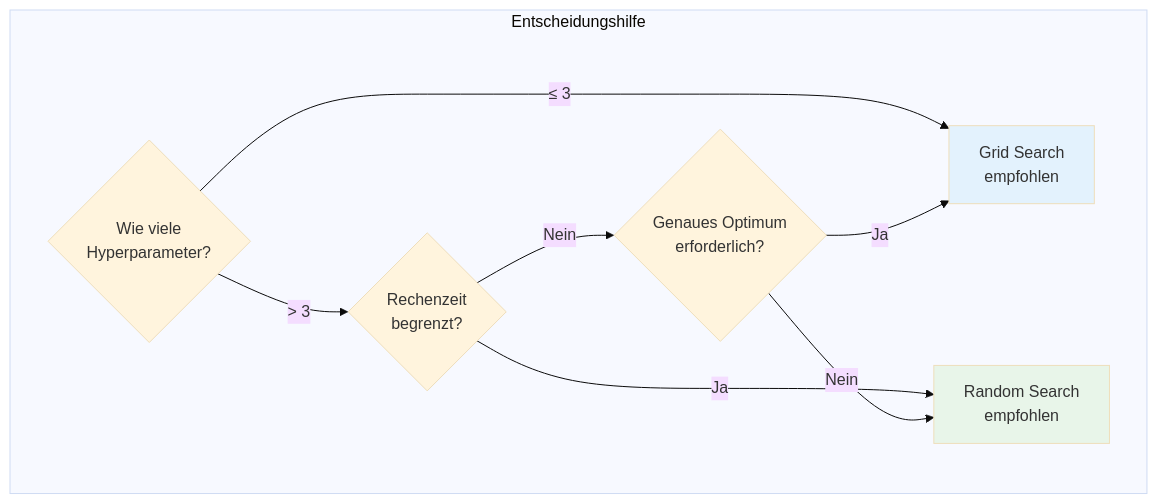
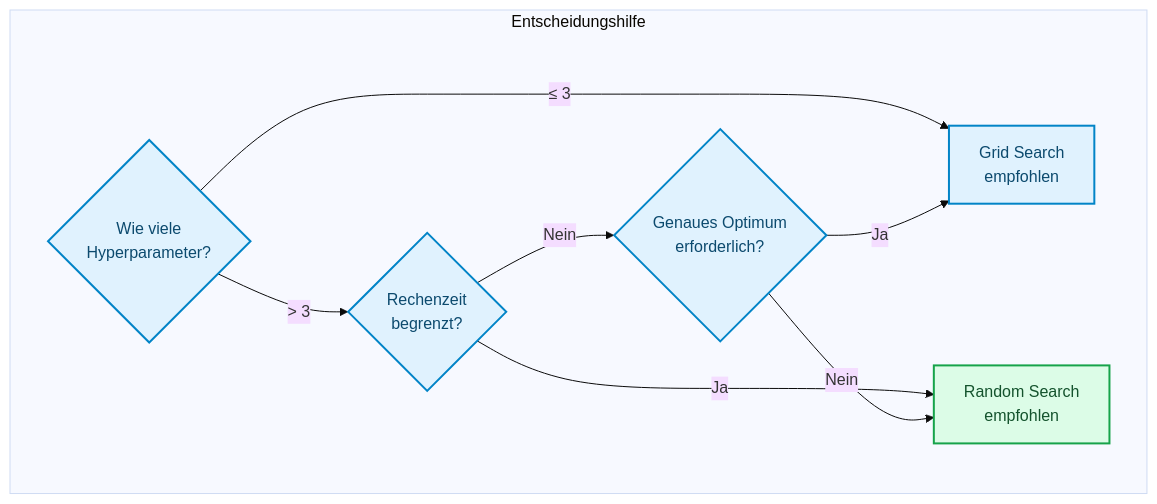
The sixth of 12 diagrams in docs/concepts/evaluate/hyperparameter_tuning.md (ralf-42/ML_Intro), drawn with Mermaid (base theme) before and after one commit. The commit also changed other lines of this file and 67 other files, not shown here.

````diff
--- a/docs/concepts/evaluate/hyperparameter_tuning.md
+++ b/docs/concepts/evaluate/hyperparameter_tuning.md
@@ -336,15 +344,16 @@
 ```mermaid
 flowchart TB
     subgraph decision["Entscheidungshilfe"]
         Q1{"Wie viele<br/>Hyperparameter?"}
         Q1 -->|"≤ 3"| GS["Grid Search<br/>empfohlen"]
         Q1 -->|"> 3"| Q2{"Rechenzeit<br/>begrenzt?"}
         Q2 -->|"Ja"| RS["Random Search<br/>empfohlen"]
         Q2 -->|"Nein"| Q3{"Genaues Optimum<br/>erforderlich?"}
         Q3 -->|"Ja"| GS
         Q3 -->|"Nein"| RS
     end
-    
-    style GS fill:#e3f2fd
-    style RS fill:#e8f5e9
+
+    classDef default fill:#e0f2fe,stroke:#0284c7,stroke-width:2px,color:#0c4a6e;
+    classDef output fill:#dcfce7,stroke:#16a34a,stroke-width:2px,color:#14532d;
+    class RS output;
 ```
````
